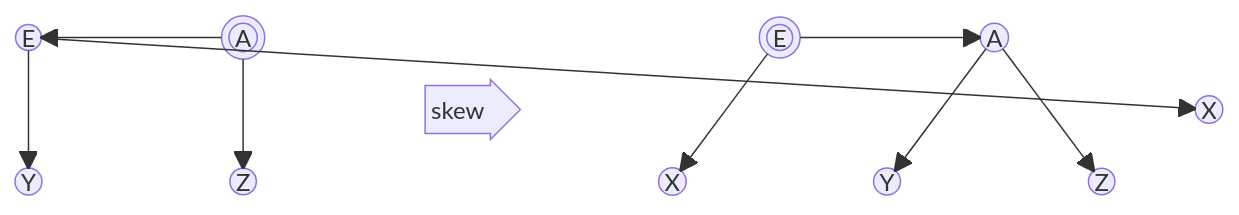
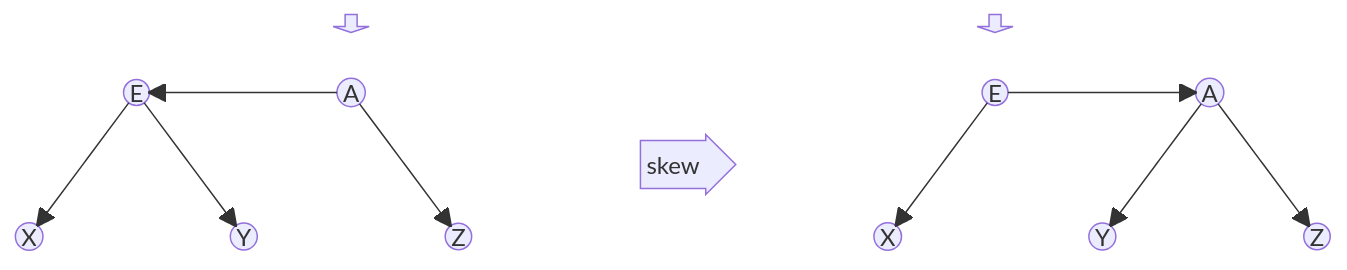
One commit to BenhurUFSM/l226b changed the second of 2 diagrams in Assuntos/arvore-aa.md. Above: the diagram before and after it, drawn with Mermaid.

````diff
--- a/Assuntos/arvore-aa.md
+++ b/Assuntos/arvore-aa.md
@@ -37,15 +37,16 @@
 ```mermaid
 block
   columns 13
-  space e1(("E")) space r1((("A"))) space space:3 r2((("E"))) space d2(("A")) space
+  space:3 p1<[" "]>(down) space:5 p2<[" "]>(down) space:3
+  space e1(("E")) space r1(("A")) space space:3 space r2(("E")) space d2(("A")) space
   space:6 f<["skew"]>(right) space:6
   ee1(("X")) space ed1(("Y")) space d1(("Z")) space:3 e2(("X")) space de2(("Y")) space dd2(("Z"))
   r1-->e1
   r1-->d1
   e1-->ee1
   e1-->ed1
   r2-->e2
   r2-->d2
   d2-->de2
   d2-->dd2
 ```
````
